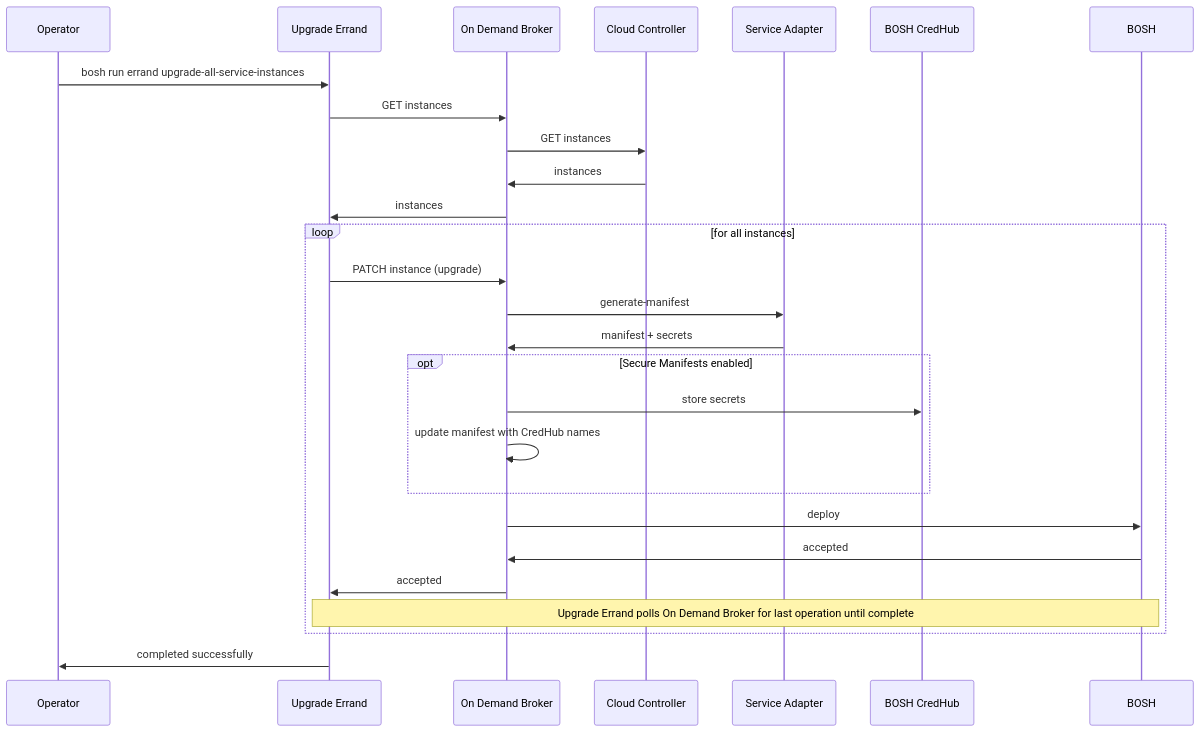
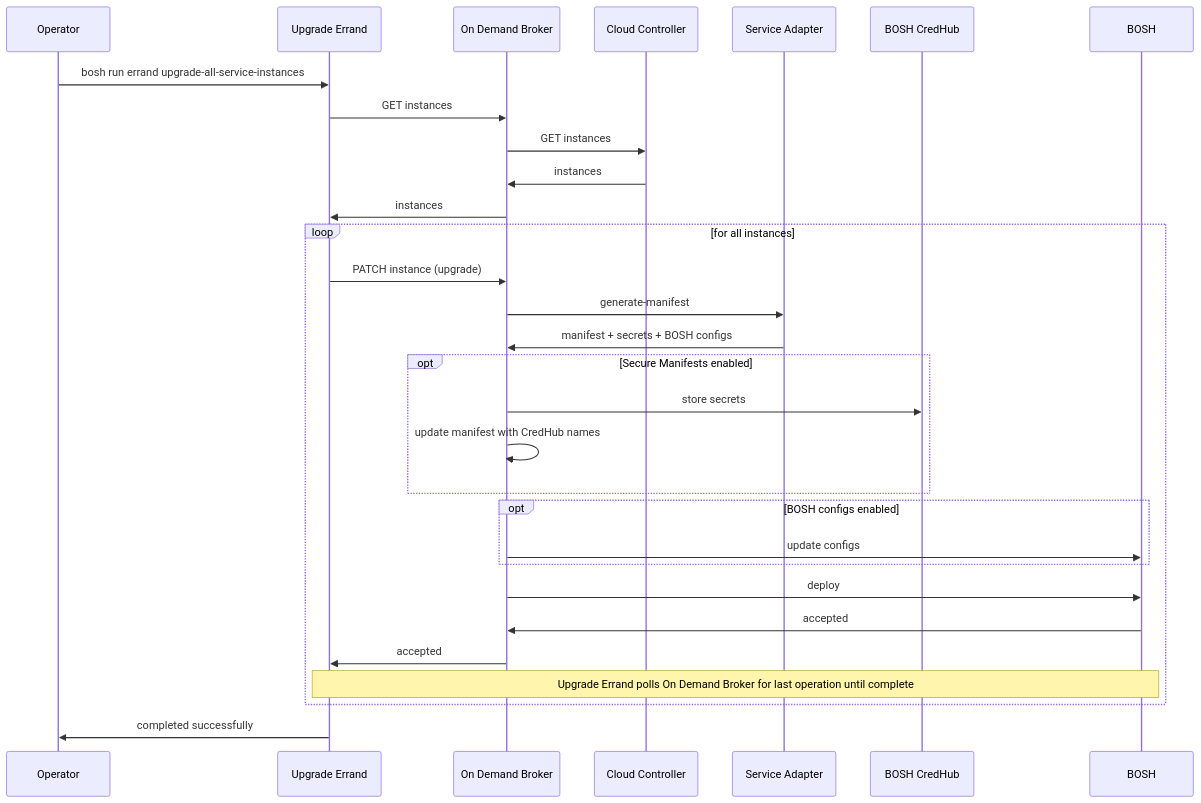
Before and after one commit to pivotal-cf/docs-on-demand-service-broker: the diagram in mmd/upgrade_all_instances_workflow.mmd, drawn with Mermaid. The commit also changed 9 other files, not shown here.

```diff
--- a/mmd/upgrade_all_instances_workflow.mmd
+++ b/mmd/upgrade_all_instances_workflow.mmd
@@ -1,22 +1,25 @@
 <div class="mermaid">
 sequenceDiagram
   Operator->>Upgrade Errand:bosh run errand upgrade-all-service-instances
   Upgrade Errand->>On Demand Broker:GET instances
   On Demand Broker->>Cloud Controller:GET instances
   Cloud Controller->>On Demand Broker:instances
   On Demand Broker->>Upgrade Errand:instances
   loop for all instances
     Upgrade Errand->>On Demand Broker: PATCH instance (upgrade)
     On Demand Broker->>Service Adapter: generate-manifest
-    Service Adapter->>On Demand Broker: manifest + secrets
+    Service Adapter->>On Demand Broker: manifest + secrets + BOSH configs
     opt Secure Manifests enabled
       On Demand Broker->>BOSH CredHub: store secrets
       On Demand Broker->>On Demand Broker: update manifest with CredHub names
+    end
+    opt BOSH configs enabled
+      On Demand Broker->>BOSH: update configs
     end
     On Demand Broker->>BOSH: deploy
     BOSH->>On Demand Broker: accepted
     On Demand Broker->>Upgrade Errand: accepted
     Note over Upgrade Errand,BOSH: Upgrade Errand polls On Demand Broker for last operation until complete
   end
   Upgrade Errand->>Operator:completed successfully
 </div>
```
